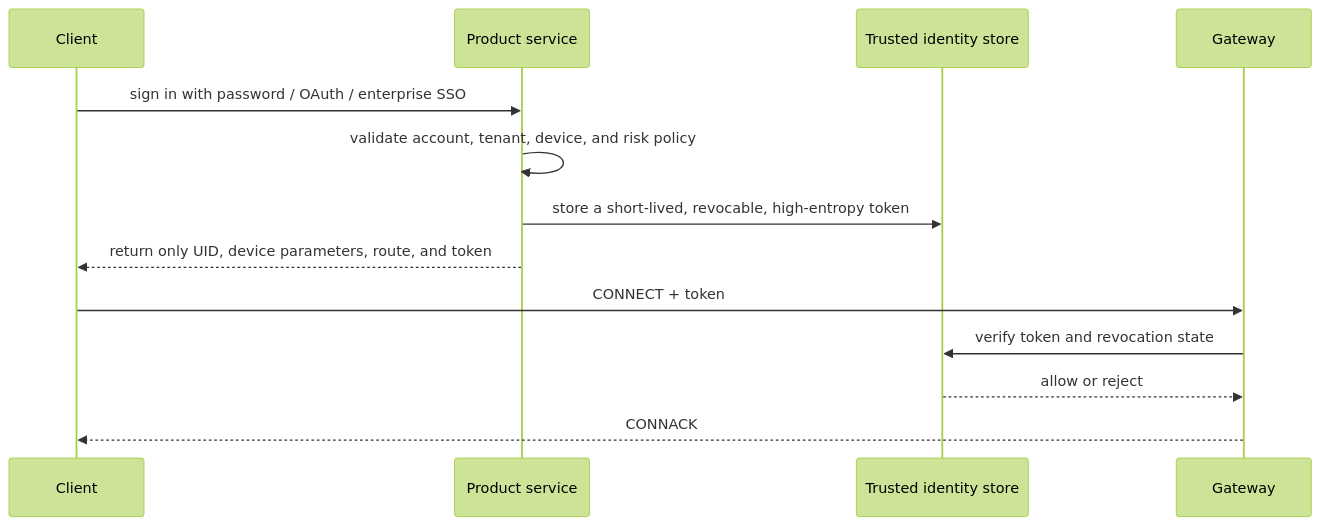
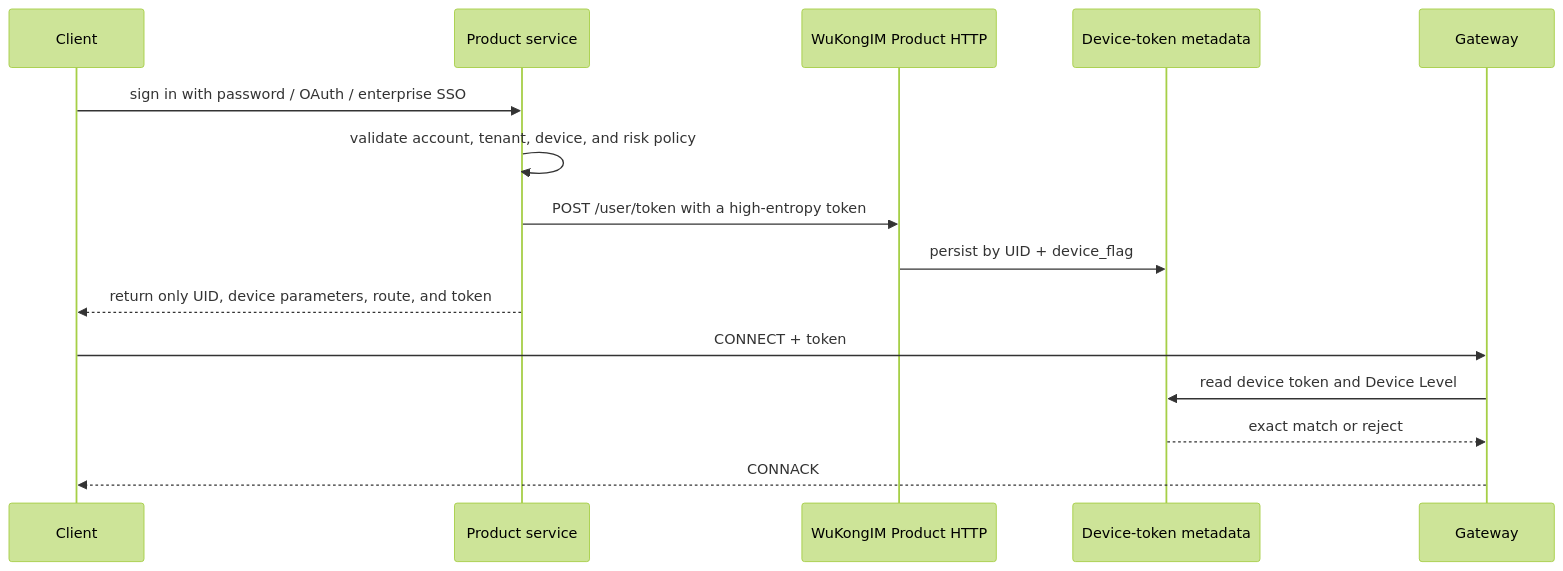
Before and after one commit to WuKongIM/WuKongIM: the diagram in docs-site/content/docs/guide/integration/authentication.en.mdx, drawn with Mermaid (forest theme). The commit also changed other lines of this file and 76 other files, not shown here.

````diff
--- a/docs-site/content/docs/guide/integration/authentication.en.mdx
+++ b/docs-site/content/docs/guide/integration/authentication.en.mdx
@@ -52,15 +52,17 @@
 ```mermaid
 sequenceDiagram
   participant Client
   participant Product as Product service
-  participant Identity as Trusted identity store
+  participant API as WuKongIM Product HTTP
+  participant Metadata as Device-token metadata
   participant Gateway
   Client->>Product: sign in with password / OAuth / enterprise SSO
   Product->>Product: validate account, tenant, device, and risk policy
-  Product->>Identity: store a short-lived, revocable, high-entropy token
+  Product->>API: POST /user/token with a high-entropy token
+  API->>Metadata: persist by UID + device_flag
   Product-->>Client: return only UID, device parameters, route, and token
   Client->>Gateway: CONNECT + token
-  Gateway->>Identity: verify token and revocation state
-  Identity-->>Gateway: allow or reject
+  Gateway->>Metadata: read device token and Device Level
+  Metadata-->>Gateway: exact match or reject
   Gateway-->>Client: CONNACK
 ```
````
